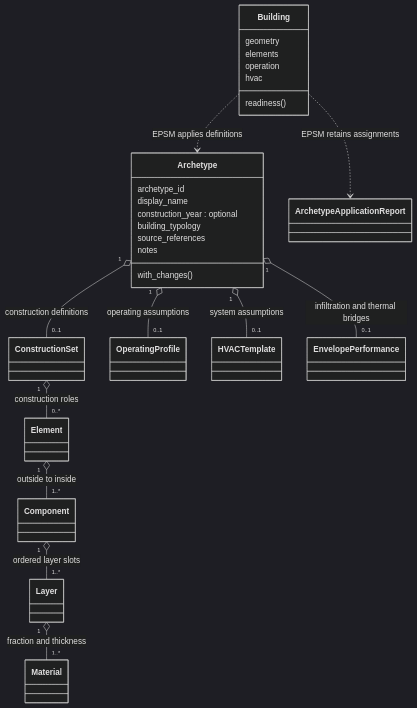
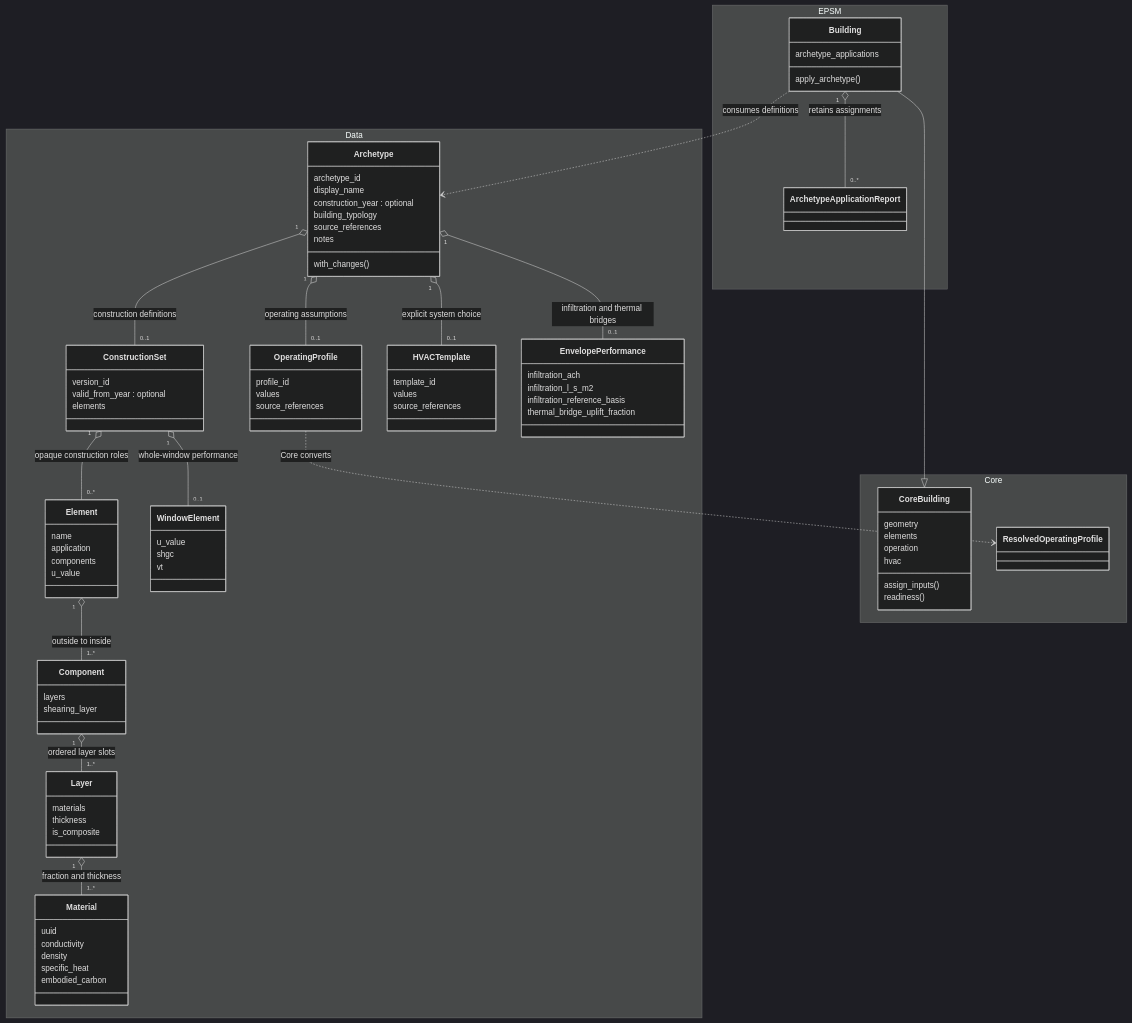
Before and after one commit to SB-Chalmers/epsm_development: the diagram in docs/archetype-authoring.md, drawn with Mermaid (dark theme). The commit also changed other lines of this file and 7 other files, not shown here.

First line of the commit message:
Record implemented archetype authoring and application acceptance (#21)

````diff
--- a/docs/archetype-authoring.md
+++ b/docs/archetype-authoring.md
@@ -41,39 +42,93 @@
 ```mermaid
 classDiagram
-    class Archetype {
-        archetype_id
-        display_name
-        construction_year : optional
-        building_typology
-        source_references
-        notes
-        with_changes()
+    namespace Data {
+        class Archetype {
+            archetype_id
+            display_name
+            construction_year : optional
+            building_typology
+            source_references
+            notes
+            with_changes()
+        }
+        class ConstructionSet {
+            version_id
+            valid_from_year : optional
+            elements
+        }
+        class Element {
+            name
+            application
+            components
+            u_value
+        }
+        class WindowElement {
+            u_value
+            shgc
+            vt
+        }
+        class Component {
+            layers
+            shearing_layer
+        }
+        class Layer {
+            materials
+            thickness
+            is_composite
+        }
+        class Material {
+            uuid
+            conductivity
+            density
+            specific_heat
+            embodied_carbon
+        }
+        class OperatingProfile {
+            profile_id
+            values
+            source_references
+        }
+        class HVACTemplate {
+            template_id
+            values
+            source_references
+        }
+        class EnvelopePerformance {
+            infiltration_ach
+            infiltration_l_s_m2
+            infiltration_reference_basis
+            thermal_bridge_uplift_fraction
+        }
     }
-    class ConstructionSet
-    class Element
-    class Component
-    class Layer
-    class Material
-    class OperatingProfile
-    class HVACTemplate
-    class EnvelopePerformance
-    class Building {
-        geometry
-        elements
-        operation
-        hvac
-        readiness()
+    namespace Core {
+        class CoreBuilding {
+            geometry
+            elements
+            operation
+            hvac
+            assign_inputs()
+            readiness()
+        }
+        class ResolvedOperatingProfile
     }
-    class ArchetypeApplicationReport
-
+    namespace EPSM {
+        class Building {
+            archetype_applications
+            apply_archetype()
+        }
+        class ArchetypeApplicationReport
+    }
     Archetype "1" o-- "0..1" ConstructionSet : construction definitions
     Archetype "1" o-- "0..1" OperatingProfile : operating assumptions
-    Archetype "1" o-- "0..1" HVACTemplate : system assumptions
+    Archetype "1" o-- "0..1" HVACTemplate : explicit system choice
     Archetype "1" o-- "0..1" EnvelopePerformance : infiltration and thermal bridges
-    ConstructionSet "1" o-- "0..*" Element : construction roles
+    ConstructionSet "1" o-- "0..*" Element : opaque construction roles
+    ConstructionSet "1" o-- "0..1" WindowElement : whole-window performance
     Element "1" o-- "1..*" Component : outside to inside
     Component "1" o-- "1..*" Layer : ordered layer slots
     Layer "1" o-- "1..*" Material : fraction and thickness
-    Building ..> Archetype : EPSM applies definitions
-    Building ..> ArchetypeApplicationReport : EPSM retains assignments
+    OperatingProfile ..> ResolvedOperatingProfile : Core converts
+    Building --|> CoreBuilding
+    Building ..> Archetype : consumes definitions
+    Building "1" o-- "0..*" ArchetypeApplicationReport : retains assignments
 ```
````
